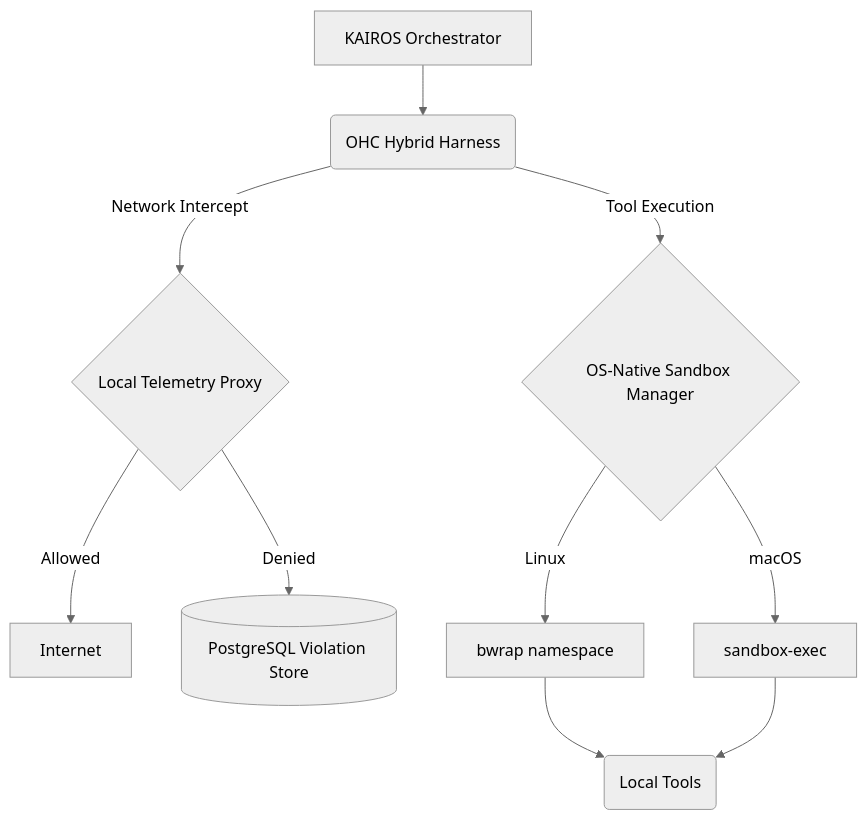
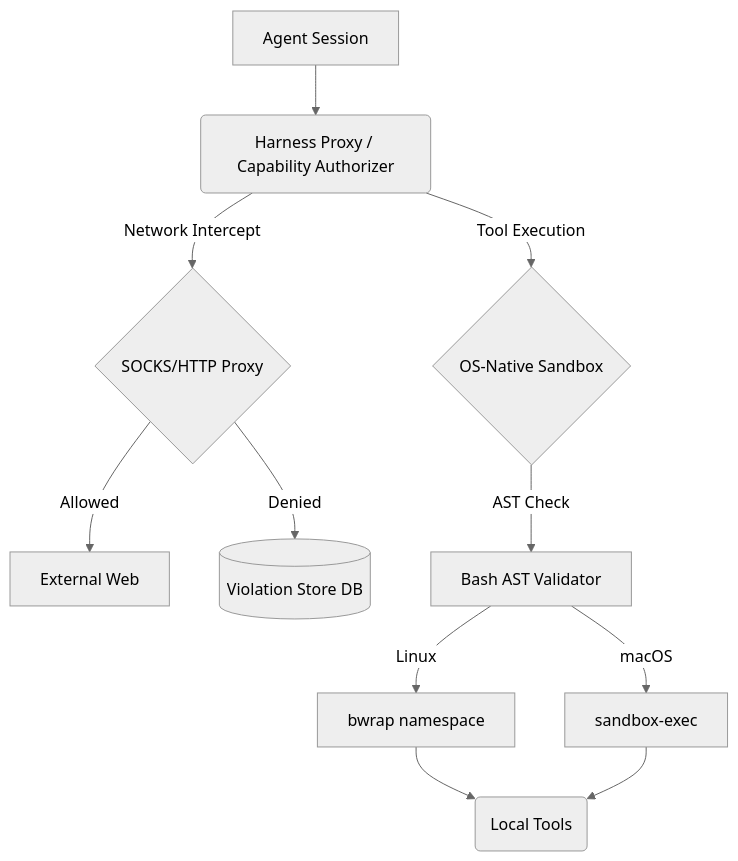
One commit to omnisolo-llc/onehumancorp changed the diagram in docs/research/AGENT_HARNESS_MARKET_ANALYSIS.md. Above: the diagram before and after it, drawn with Mermaid (neutral theme). The commit also changed other lines of this file and 11 other files, not shown here.

First line of the commit message:
Oracle: [harness] Add Agent Harness Market Analysis and Blueprint

````diff
--- a/docs/research/AGENT_HARNESS_MARKET_ANALYSIS.md
+++ b/docs/research/AGENT_HARNESS_MARKET_ANALYSIS.md
@@ -37,12 +53,13 @@
 ```mermaid
 graph TD
-    A[KAIROS Orchestrator] --> B(OHC Hybrid Harness)
-    B -->|Network Intercept| C{Local Telemetry Proxy}
-    C -->|Allowed| D[Internet]
-    C -->|Denied| E[(PostgreSQL Violation Store)]
-    B -->|Tool Execution| F{OS-Native Sandbox Manager}
-    F -->|Linux| G[bwrap namespace]
-    F -->|macOS| H[sandbox-exec]
+    A[Agent Session] --> B(Harness Proxy / Capability Authorizer)
+    B -->|Network Intercept| C{SOCKS/HTTP Proxy}
+    C -->|Allowed| D[External Web]
+    C -->|Denied| E[(Violation Store DB)]
+    B -->|Tool Execution| F{OS-Native Sandbox}
+    F -->|AST Check| J[Bash AST Validator]
+    J -->|Linux| G[bwrap namespace]
+    J -->|macOS| H[sandbox-exec]
     G --> I(Local Tools)
     H --> I(Local Tools)
 ```
````
